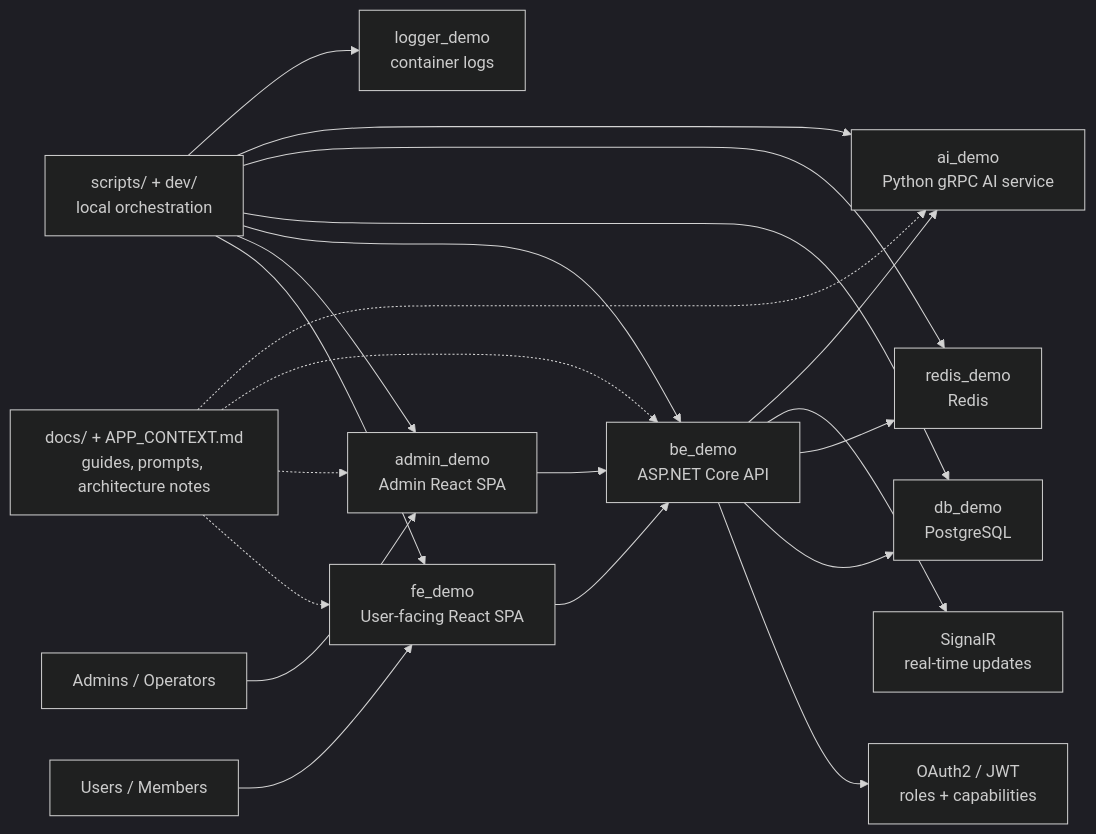
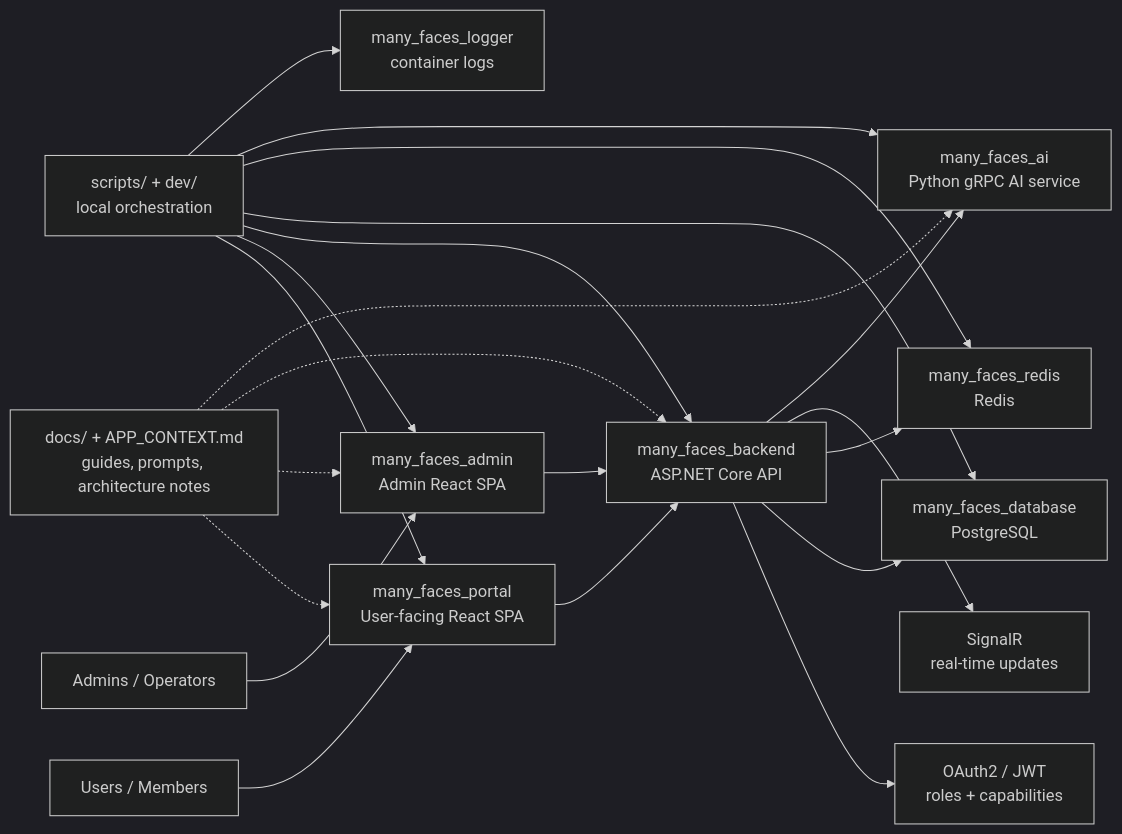
Before and after one commit to 01laky/mfai_demo: the first of 9 diagrams in README.md, drawn with Mermaid (dark theme). The commit also changed other lines of this file and 16 other files, not shown here.

Commit message:
chore: many_faces naming, dev network, and docs sweep

````diff
--- a/README.md
+++ b/README.md
@@ -28,27 +28,27 @@
 ```mermaid
 flowchart LR
-    visitor["Users / Members"] --> fe["fe_demo<br/>User-facing React SPA"]
-    adminUser["Admins / Operators"] --> admin["admin_demo<br/>Admin React SPA"]
+    visitor["Users / Members"] --> fe["many_faces_portal<br/>User-facing React SPA"]
+    adminUser["Admins / Operators"] --> admin["many_faces_admin<br/>Admin React SPA"]
 
-    fe --> api["be_demo<br/>ASP.NET Core API"]
+    fe --> api["many_faces_backend<br/>ASP.NET Core API"]
     admin --> api
 
     api --> auth["OAuth2 / JWT<br/>roles + capabilities"]
-    api --> db["db_demo<br/>PostgreSQL"]
-    api --> redis["redis_demo<br/>Redis"]
+    api --> db["many_faces_database<br/>PostgreSQL"]
+    api --> redis["many_faces_redis<br/>Redis"]
     api --> realtime["SignalR<br/>real-time updates"]
-    api --> ai["ai_demo<br/>Python gRPC AI service"]
+    api --> ai["many_faces_ai<br/>Python gRPC AI service"]
 
     scripts["scripts/ + dev/<br/>local orchestration"] --> fe
     scripts --> admin
     scripts --> api
     scripts --> db
     scripts --> redis
     scripts --> ai
-    scripts --> logs["logger_demo<br/>container logs"]
+    scripts --> logs["many_faces_logger<br/>container logs"]
 
     docs["docs/ + APP_CONTEXT.md<br/>guides, prompts, architecture notes"] -.-> fe
     docs -.-> admin
     docs -.-> api
     docs -.-> ai
 ```
````
